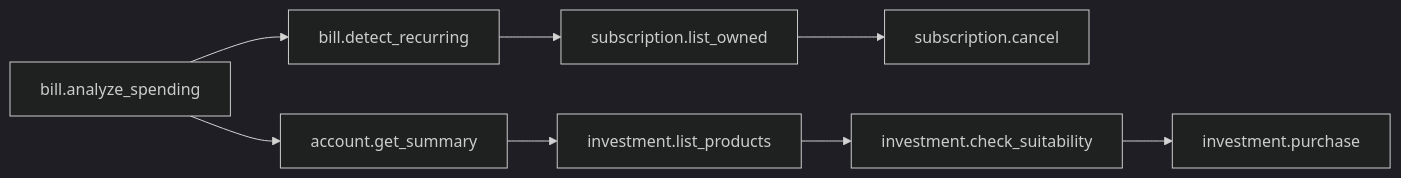
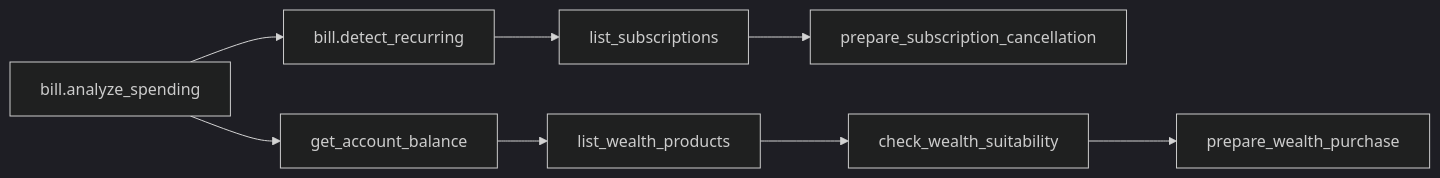
One commit to zhanglonglong01/silver-shield-banking-agent changed the diagram in docs/tool-catalog.md. Above: the diagram before and after it, drawn with Mermaid (dark theme). The commit also changed other lines of this file and 60 other files, not shown here.

Commit message:
feat: add secure wealth card and subscription workflows

````diff
--- a/docs/tool-catalog.md
+++ b/docs/tool-catalog.md
@@ -162,10 +177,10 @@
 ```mermaid
 flowchart LR
     A[bill.analyze_spending] --> B[bill.detect_recurring]
-    B --> C[subscription.list_owned]
-    C --> D[subscription.cancel]
-    A --> E[account.get_summary]
-    E --> F[investment.list_products]
-    F --> G[investment.check_suitability]
-    G --> H[investment.purchase]
+    B --> C[list_subscriptions]
+    C --> D[prepare_subscription_cancellation]
+    A --> E[get_account_balance]
+    E --> F[list_wealth_products]
+    F --> G[check_wealth_suitability]
+    G --> H[prepare_wealth_purchase]
 ```
````
